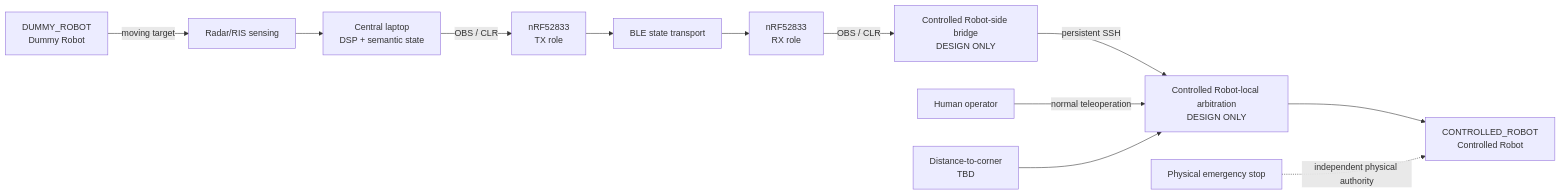
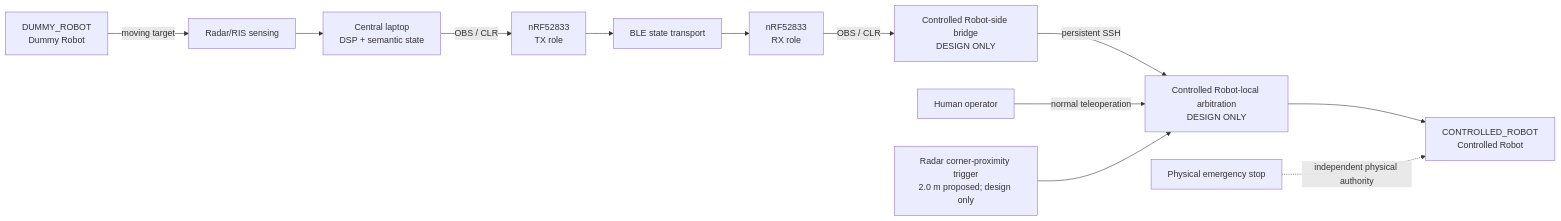
Before and after one commit to kirolossedra/RIS-Robotics: the first of 21 diagrams in docs/architecture/system/overview.md, drawn with Mermaid. The commit also changed other lines of this file and 27 other files, not shown here.

Commit message:
docs: specify Husky corner proximity trigger protocol

````diff
--- a/docs/architecture/system/overview.md
+++ b/docs/architecture/system/overview.md
@@ -97,26 +97,26 @@
 ```mermaid
 flowchart LR
     OP[Human operator]
     H[DUMMY_ROBOT<br/>Dummy Robot]
     S[Radar/RIS sensing]
     DSP[Central laptop<br/>DSP + semantic state]
     TX[nRF52833<br/>TX role]
     BLE[BLE state transport]
     RX[nRF52833<br/>RX role]
     BR[Controlled Robot-side bridge<br/>DESIGN ONLY]
     ROS[Controlled Robot-local arbitration<br/>DESIGN ONLY]
-    DIST[Distance-to-corner<br/>TBD]
+    DIST[Radar corner-proximity trigger<br/>2.0 m proposed; design only]
     J[CONTROLLED_ROBOT<br/>Controlled Robot]
     ESTOP[Physical emergency stop]
 
     H -->|moving target| S
     S --> DSP
     DSP -->|OBS / CLR| TX
     TX --> BLE --> RX
     RX -->|OBS / CLR| BR
     BR -->|persistent SSH| ROS
     OP -->|normal teleoperation| ROS
     DIST --> ROS
     ROS --> J
     ESTOP -. independent physical authority .-> J
 ```
````
